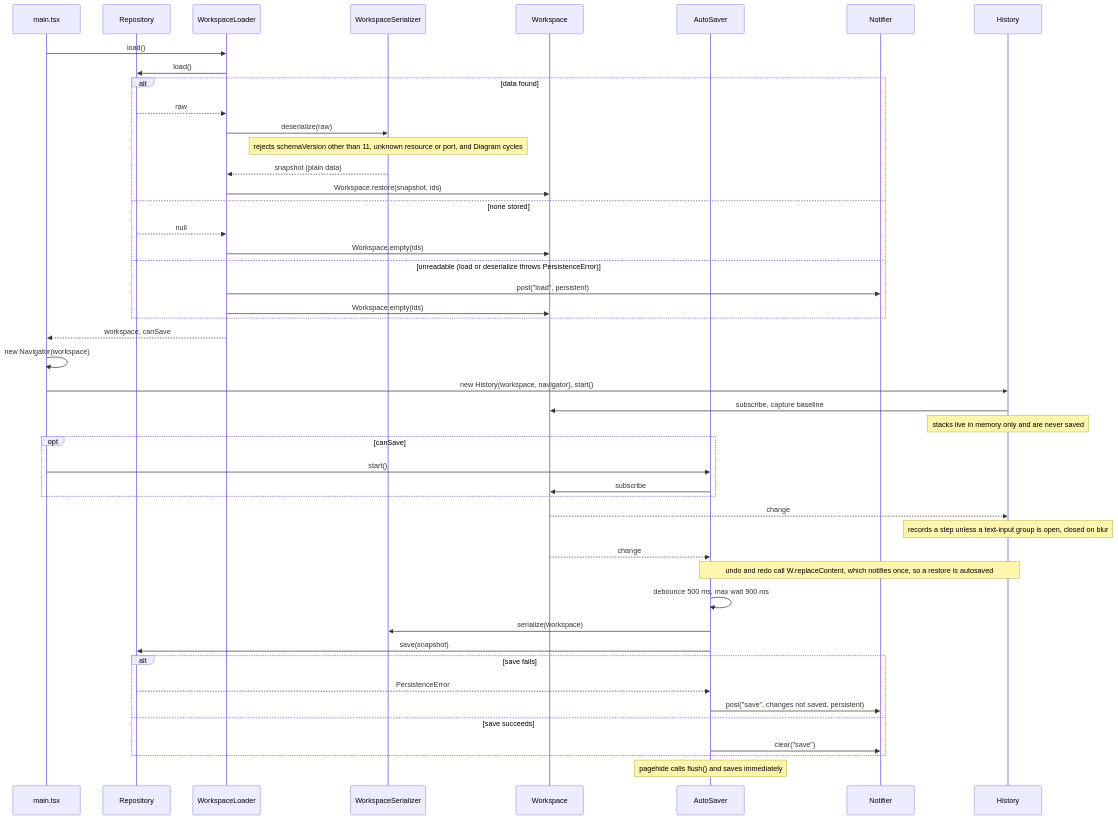
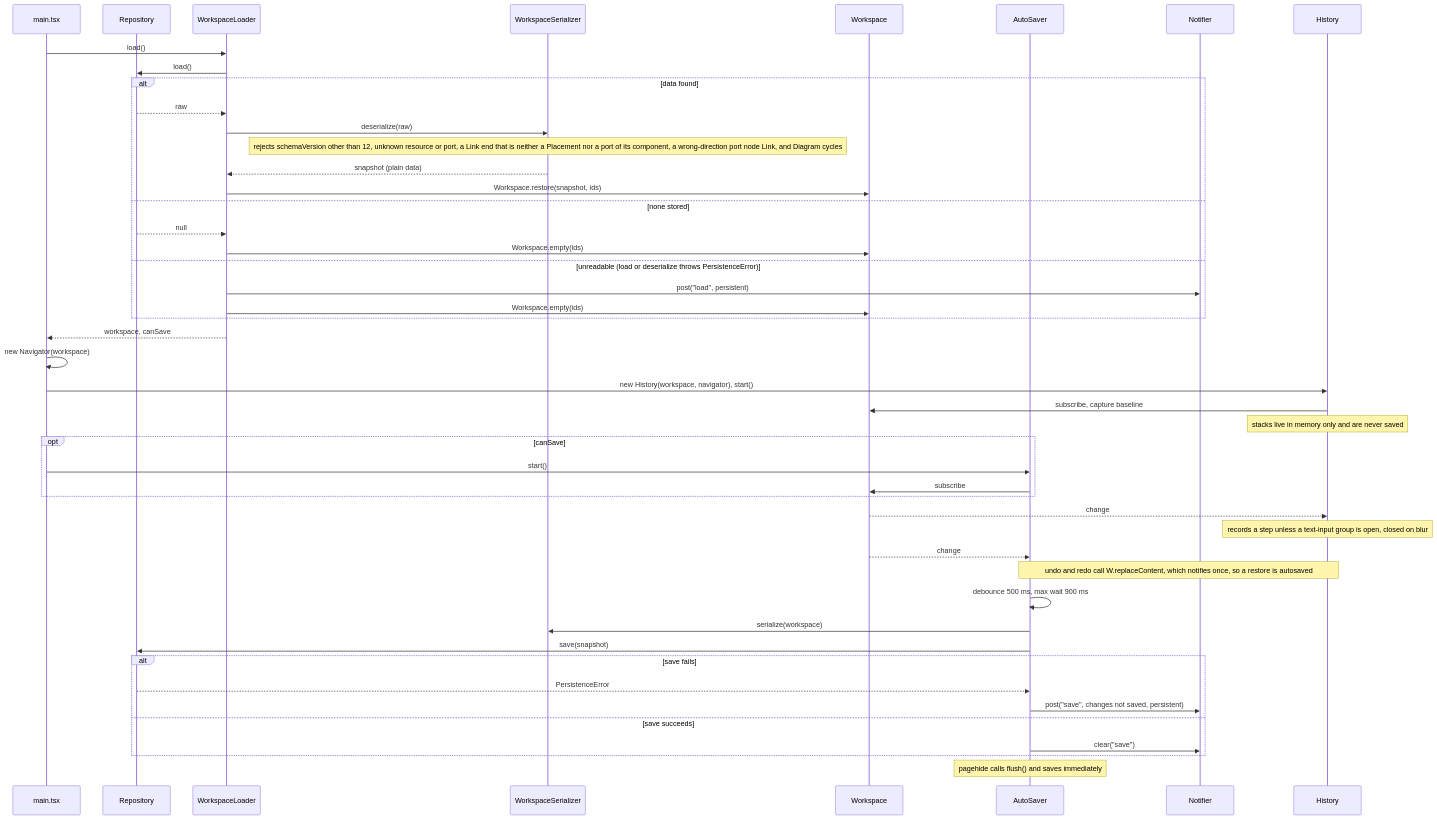
Before and after one commit to tylercoz/flow: the diagram in docs/diagrams/startup-and-save.mmd, drawn with Mermaid. The commit also changed 32 other files, not shown here.

```diff
--- a/docs/diagrams/startup-and-save.mmd
+++ b/docs/diagrams/startup-and-save.mmd
@@ -1,47 +1,47 @@
 sequenceDiagram
     participant M as main.tsx
     participant R as Repository
     participant L as WorkspaceLoader
     participant S as WorkspaceSerializer
     participant W as Workspace
     participant A as AutoSaver
     participant N as Notifier
     participant H as History
     M->>L: load()
     L->>R: load()
     alt data found
         R-->>L: raw
         L->>S: deserialize(raw)
-        Note over S: rejects schemaVersion other than 11, unknown resource or port, and Diagram cycles
+        Note over S: rejects schemaVersion other than 12, unknown resource or port, a Link end that is neither a Placement nor a port of its component, a wrong-direction port node Link, and Diagram cycles
         S-->>L: snapshot (plain data)
         L->>W: Workspace.restore(snapshot, ids)
     else none stored
         R-->>L: null
         L->>W: Workspace.empty(ids)
     else unreadable (load or deserialize throws PersistenceError)
         L->>N: post("load", persistent)
         L->>W: Workspace.empty(ids)
     end
     L-->>M: workspace, canSave
     M->>M: new Navigator(workspace)
     M->>H: new History(workspace, navigator), start()
     H->>W: subscribe, capture baseline
     Note over H: stacks live in memory only and are never saved
     opt canSave
         M->>A: start()
         A->>W: subscribe
     end
     W-->>H: change
     Note over H: records a step unless a text-input group is open, closed on blur
     W-->>A: change
     Note over H,A: undo and redo call W.replaceContent, which notifies once, so a restore is autosaved
     A->>A: debounce 500 ms, max wait 900 ms
     A->>S: serialize(workspace)
     A->>R: save(snapshot)
     alt save fails
         R-->>A: PersistenceError
         A->>N: post("save", changes not saved, persistent)
     else save succeeds
         A->>N: clear("save")
     end
     Note over A: pagehide calls flush() and saves immediately
```
